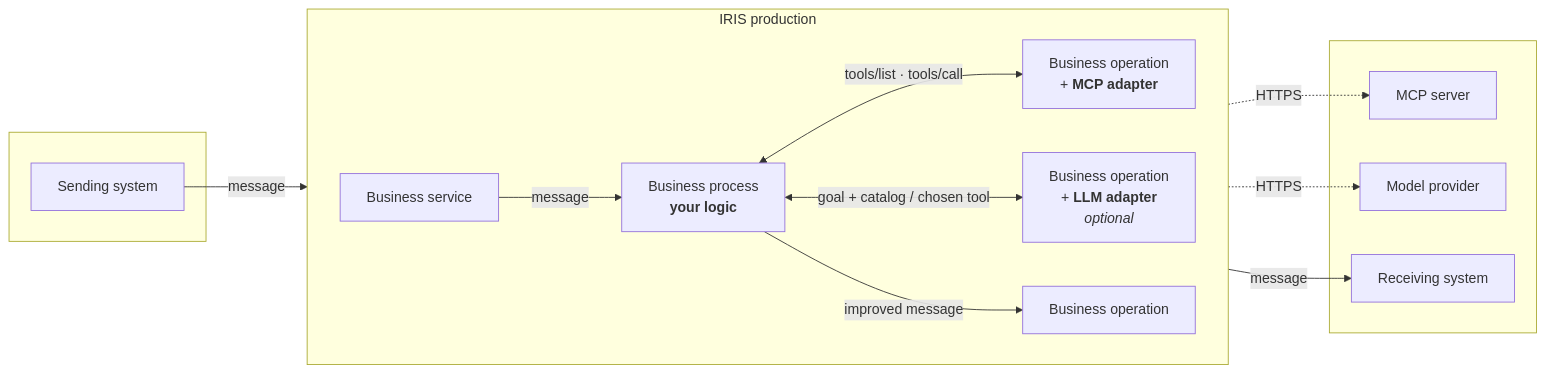
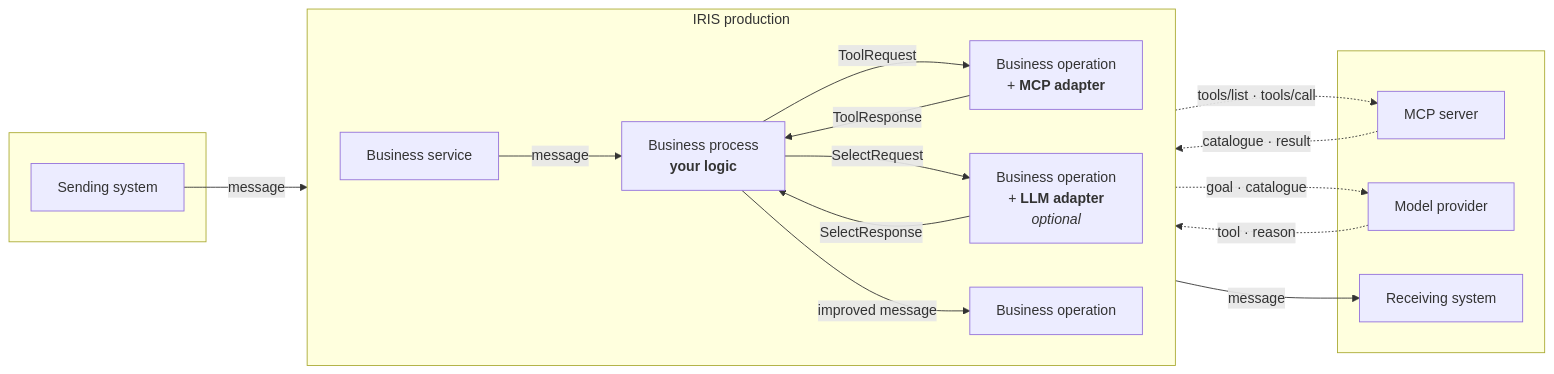
One commit to dfrancoisc/Agentic-Adapter-in-Execution-Time changed the first of 2 diagrams in README.md. Above: the diagram before and after it, drawn with Mermaid. The commit also changed other lines of this file and 1 other file, not shown here.

First line of the commit message:
Rebuild the diagram as a numbered sequence that shows the replies

````diff
--- a/README.md
+++ b/README.md
@@ -456,30 +456,34 @@
 ```mermaid
 flowchart LR
   subgraph OUT1[" "]
     SRC["Sending system"]
   end
 
   subgraph PROD["IRIS production"]
     direction LR
     BS["Business service"]
     BP["Business process<br/><b>your logic</b>"]
     MCPOP["Business operation<br/>+ <b>MCP adapter</b>"]
     SELOP["Business operation<br/>+ <b>LLM adapter</b><br/><i>optional</i>"]
     BO["Business operation"]
   end
 
   subgraph OUT2[" "]
     MCP["MCP server"]
     LLM["Model provider"]
     DST["Receiving system"]
   end
 
   SRC -->|message| BS
   BS -->|message| BP
-  BP <-->|"tools/list · tools/call"| MCPOP
-  BP <-->|"goal + catalog / chosen tool"| SELOP
+  BP -->|ToolRequest| MCPOP
+  MCPOP -->|ToolResponse| BP
+  BP -->|SelectRequest| SELOP
+  SELOP -->|SelectResponse| BP
   BP -->|improved message| BO
   BO -->|message| DST
-  MCPOP -.->|HTTPS| MCP
-  SELOP -.->|HTTPS| LLM
+  MCPOP -.->|"tools/list · tools/call"| MCP
+  MCP -.->|"catalogue · result"| MCPOP
+  SELOP -.->|"goal · catalogue"| LLM
+  LLM -.->|"tool · reason"| SELOP
 ```
````
